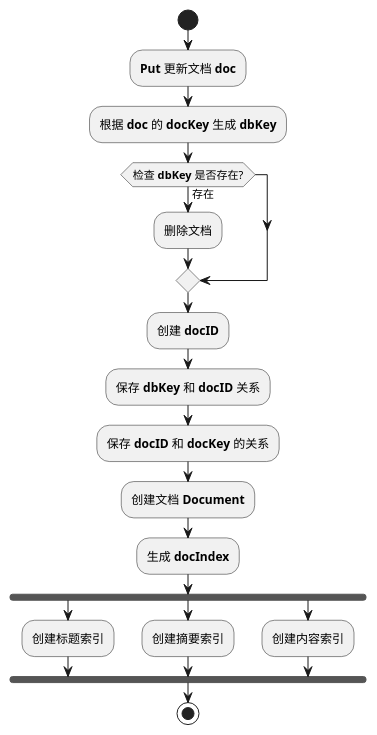
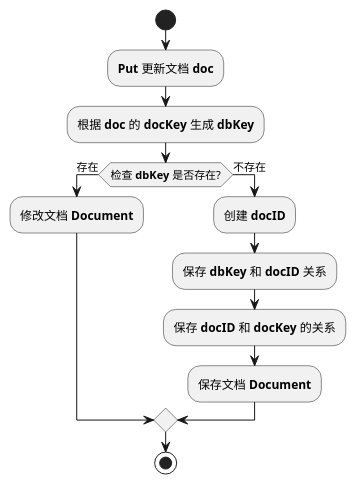
The diagram in doc/putDoc.puml (xuender/go-search), drawn with PlantUML before and after one commit. The commit also changed 12 other files, not shown here.

```diff
--- a/doc/putDoc.puml
+++ b/doc/putDoc.puml
@@ -1,21 +1,14 @@
 @startuml
 start
 :**Put** 更新文档 **doc**;
 :根据 **doc** 的 **docKey** 生成 **dbKey**;
 if (检查 **dbKey** 是否存在?) then (存在)
-  :删除文档;
+  :修改文档 **Document**;
+else (不存在)
+  :创建 **docID**;
+  :保存 **dbKey** 和 **docID** 关系;
+  :保存 **docID** 和 **docKey** 的关系;
+  :保存文档 **Document**;
 endif
-:创建 **docID**;
-:保存 **dbKey** 和 **docID** 关系;
-:保存 **docID** 和 **docKey** 的关系;
-:创建文档 **Document**;
-:生成 **docIndex**;
-fork
-  :创建标题索引;
-fork again
-  :创建摘要索引;
-fork again
-  :创建内容索引;
-end fork
 stop
 @enduml
```
